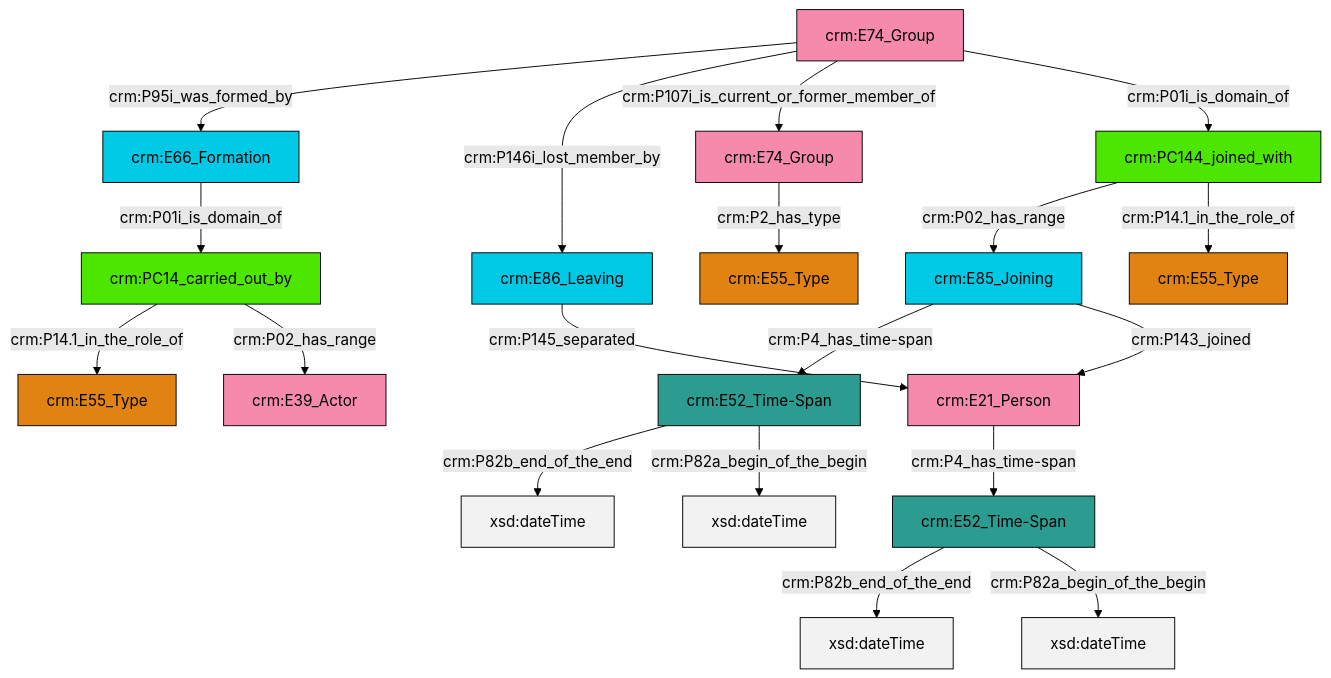
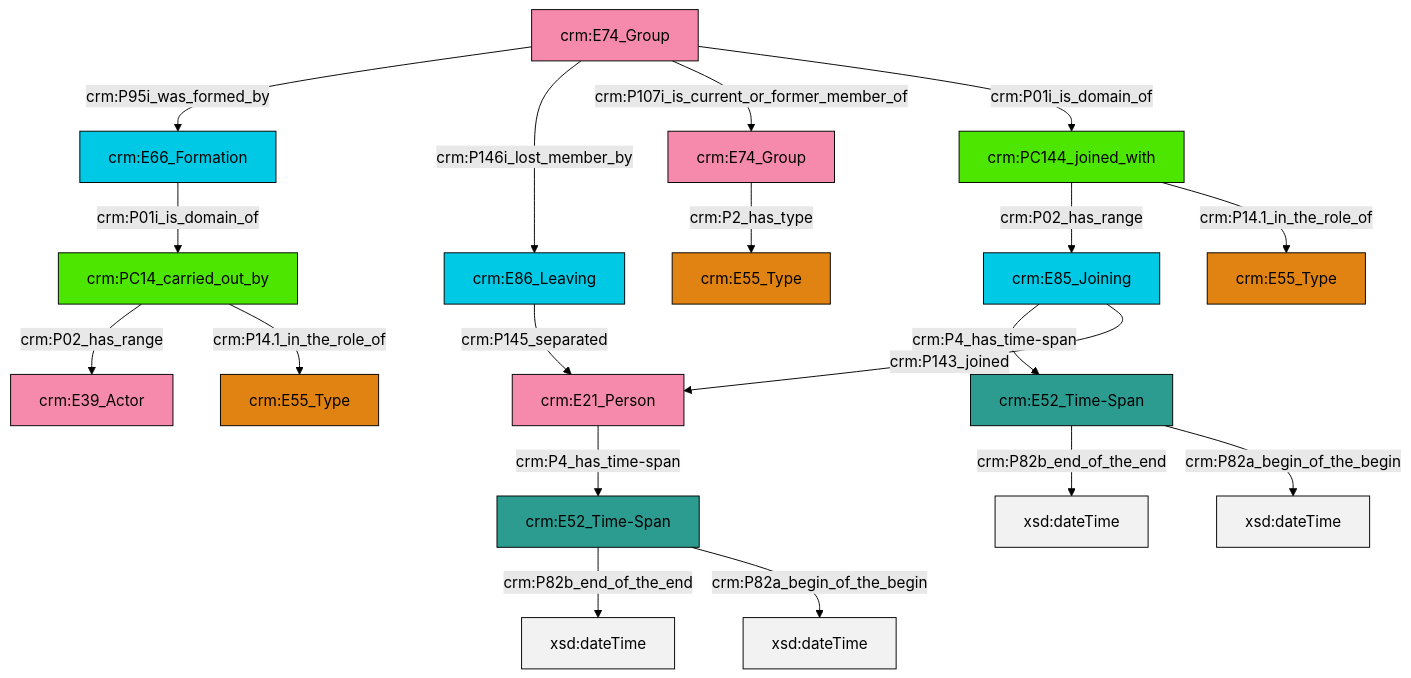
One commit to swiss-art-research-net/reference-data-models changed the diagram in et/groupCSV/ttl/mmd/group_actor_relations.ttl.mmd. Above: the diagram before and after it, drawn with Mermaid (forest theme). The commit also changed 127 other files, not shown here.

```diff
--- a/et/groupCSV/ttl/mmd/group_actor_relations.ttl.mmd
+++ b/et/groupCSV/ttl/mmd/group_actor_relations.ttl.mmd
@@ -1,33 +1,33 @@
 graph TD
 classDef Literal fill:#f2f2f2,stroke:#000000;
 classDef CRM_Entity fill:#FFFFFF,stroke:#000000;
 classDef Temporal_Entity fill:#00C9E6, stroke:#000000;
 classDef Type fill:#E18312, stroke:#000000;
 classDef Time-Span fill:#2C9C91, stroke:#000000;
 classDef Appellation fill:#FFEB7F, stroke:#000000;
 classDef Place fill:#008836, stroke:#000000;
 classDef Persistent_Item fill:#B266B2, stroke:#000000;
 classDef Conceptual_Object fill:#FFD700, stroke:#000000;
 classDef Physical_Thing fill:#D2B48C, stroke:#000000;
 classDef Actor fill:#f58aad, stroke:#000000;
 classDef PC_Classes fill:#4ce600, stroke:#000000;
 classDef Multi fill:#cccccc,stroke:#000000;
 
-2["crm:E74_Group"]:::Actor -->|crm:P95i_was_formed_by| 3["crm:E66_Formation"]:::Temporal_Entity
-4["crm:E52_Time-Span"]:::Time-Span -->|crm:P82b_end_of_the_end| 5[xsd:dateTime]:::Literal
-8["crm:PC144_joined_with"]:::PC_Classes -->|crm:P02_has_range| 9["crm:E85_Joining"]:::Temporal_Entity
-11["crm:PC14_carried_out_by"]:::PC_Classes -->|crm:P14.1_in_the_role_of| 12["crm:E55_Type"]:::Type
-11["crm:PC14_carried_out_by"]:::PC_Classes -->|crm:P02_has_range| 13["crm:E39_Actor"]:::Actor
-8["crm:PC144_joined_with"]:::PC_Classes -->|crm:P14.1_in_the_role_of| 18["crm:E55_Type"]:::Type
-20["crm:E74_Group"]:::Actor -->|crm:P2_has_type| 6["crm:E55_Type"]:::Type
-2["crm:E74_Group"]:::Actor -->|crm:P146i_lost_member_by| 14["crm:E86_Leaving"]:::Temporal_Entity
-0["crm:E52_Time-Span"]:::Time-Span -->|crm:P82b_end_of_the_end| 21[xsd:dateTime]:::Literal
-2["crm:E74_Group"]:::Actor -->|crm:P107i_is_current_or_former_member_of| 20["crm:E74_Group"]:::Actor
-3["crm:E66_Formation"]:::Temporal_Entity -->|crm:P01i_is_domain_of| 11["crm:PC14_carried_out_by"]:::PC_Classes
-2["crm:E74_Group"]:::Actor -->|crm:P01i_is_domain_of| 8["crm:PC144_joined_with"]:::PC_Classes
-9["crm:E85_Joining"]:::Temporal_Entity -->|crm:P4_has_time-span| 0["crm:E52_Time-Span"]:::Time-Span
-0["crm:E52_Time-Span"]:::Time-Span -->|crm:P82a_begin_of_the_begin| 26[xsd:dateTime]:::Literal
-16["crm:E21_Person"]:::Actor -->|crm:P4_has_time-span| 4["crm:E52_Time-Span"]:::Time-Span
-14["crm:E86_Leaving"]:::Temporal_Entity -->|crm:P145_separated| 16["crm:E21_Person"]:::Actor
-9["crm:E85_Joining"]:::Temporal_Entity -->|crm:P143_joined| 16["crm:E21_Person"]:::Actor
-4["crm:E52_Time-Span"]:::Time-Span -->|crm:P82a_begin_of_the_begin| 34[xsd:dateTime]:::Literal
+2["crm:E21_Person"]:::Actor -->|crm:P4_has_time-span| 3["crm:E52_Time-Span"]:::Time-Span
+9["crm:E74_Group"]:::Actor -->|crm:P95i_was_formed_by| 10["crm:E66_Formation"]:::Temporal_Entity
+14["crm:PC14_carried_out_by"]:::PC_Classes -->|crm:P02_has_range| 15["crm:E39_Actor"]:::Actor
+10["crm:E66_Formation"]:::Temporal_Entity -->|crm:P01i_is_domain_of| 14["crm:PC14_carried_out_by"]:::PC_Classes
+3["crm:E52_Time-Span"]:::Time-Span -->|crm:P82b_end_of_the_end| 20[xsd:dateTime]:::Literal
+17["crm:PC144_joined_with"]:::PC_Classes -->|crm:P02_has_range| 22["crm:E85_Joining"]:::Temporal_Entity
+22["crm:E85_Joining"]:::Temporal_Entity -->|crm:P4_has_time-span| 23["crm:E52_Time-Span"]:::Time-Span
+17["crm:PC144_joined_with"]:::PC_Classes -->|crm:P14.1_in_the_role_of| 11["crm:E55_Type"]:::Type
+23["crm:E52_Time-Span"]:::Time-Span -->|crm:P82b_end_of_the_end| 24[xsd:dateTime]:::Literal
+14["crm:PC14_carried_out_by"]:::PC_Classes -->|crm:P14.1_in_the_role_of| 5["crm:E55_Type"]:::Type
+26["crm:E74_Group"]:::Actor -->|crm:P2_has_type| 0["crm:E55_Type"]:::Type
+9["crm:E74_Group"]:::Actor -->|crm:P146i_lost_member_by| 7["crm:E86_Leaving"]:::Temporal_Entity
+9["crm:E74_Group"]:::Actor -->|crm:P107i_is_current_or_former_member_of| 26["crm:E74_Group"]:::Actor
+23["crm:E52_Time-Span"]:::Time-Span -->|crm:P82a_begin_of_the_begin| 30[xsd:dateTime]:::Literal
+7["crm:E86_Leaving"]:::Temporal_Entity -->|crm:P145_separated| 2["crm:E21_Person"]:::Actor
+9["crm:E74_Group"]:::Actor -->|crm:P01i_is_domain_of| 17["crm:PC144_joined_with"]:::PC_Classes
+22["crm:E85_Joining"]:::Temporal_Entity -->|crm:P143_joined| 2["crm:E21_Person"]:::Actor
+3["crm:E52_Time-Span"]:::Time-Span -->|crm:P82a_begin_of_the_begin| 34[xsd:dateTime]:::Literal
```
